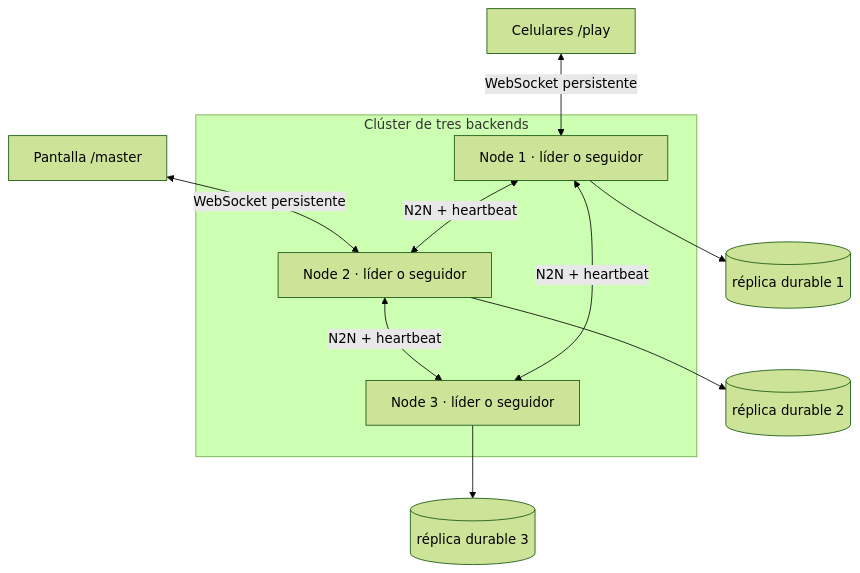
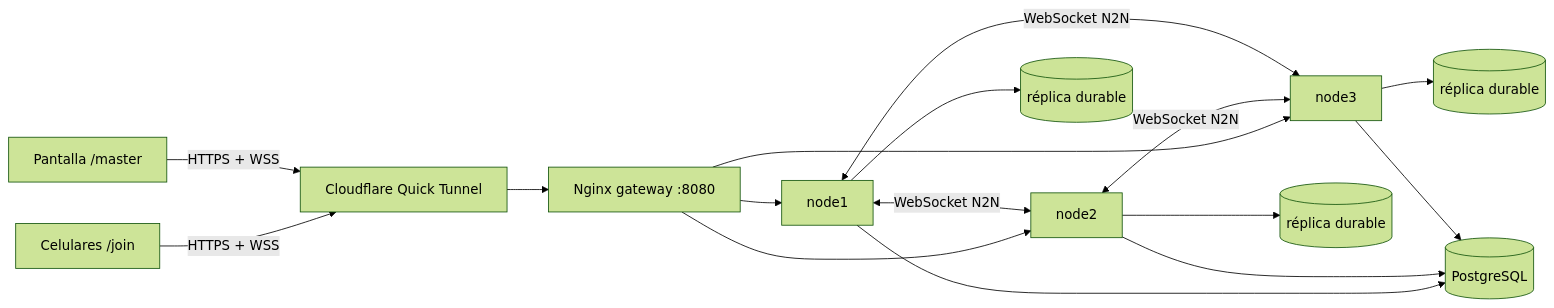
Before and after one commit to acampanaa/silunet: the diagram in README.md, drawn with Mermaid (forest theme). The commit also changed other lines of this file and 15 other files, not shown here.

````diff
--- a/README.md
+++ b/README.md
@@ -150,16 +204,16 @@
 ```mermaid
-flowchart TB
-    C[Celulares /play] <-->|WebSocket persistente| N1
-    M[Pantalla /master] <-->|WebSocket persistente| N2
-    subgraph CL[Clúster de tres backends]
-      N1[Node 1 · líder o seguidor]
-      N2[Node 2 · líder o seguidor]
-      N3[Node 3 · líder o seguidor]
-      N1 <-->|N2N + heartbeat| N2
-      N2 <-->|N2N + heartbeat| N3
-      N1 <-->|N2N + heartbeat| N3
-    end
-    N1 --> D1[(réplica durable 1)]
-    N2 --> D2[(réplica durable 2)]
-    N3 --> D3[(réplica durable 3)]
+flowchart LR
+    C[Celulares /join] -->|HTTPS + WSS| T[Cloudflare Quick Tunnel]
+    M[Pantalla /master] -->|HTTPS + WSS| T
+    T --> G[Nginx gateway :8080]
+    G --> N1[node1]
+    G --> N2[node2]
+    G --> N3[node3]
+    N1 <-->|WebSocket N2N| N2
+    N2 <-->|WebSocket N2N| N3
+    N1 <-->|WebSocket N2N| N3
+    N1 --> R1[(réplica durable)]
+    N2 --> R2[(réplica durable)]
+    N3 --> R3[(réplica durable)]
+    N1 & N2 & N3 --> P[(PostgreSQL)]
 ```
````
